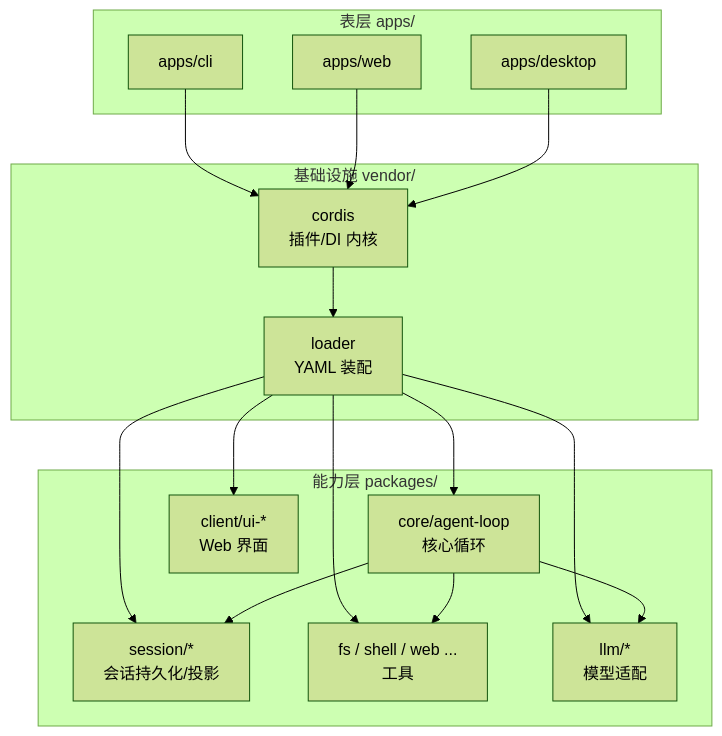
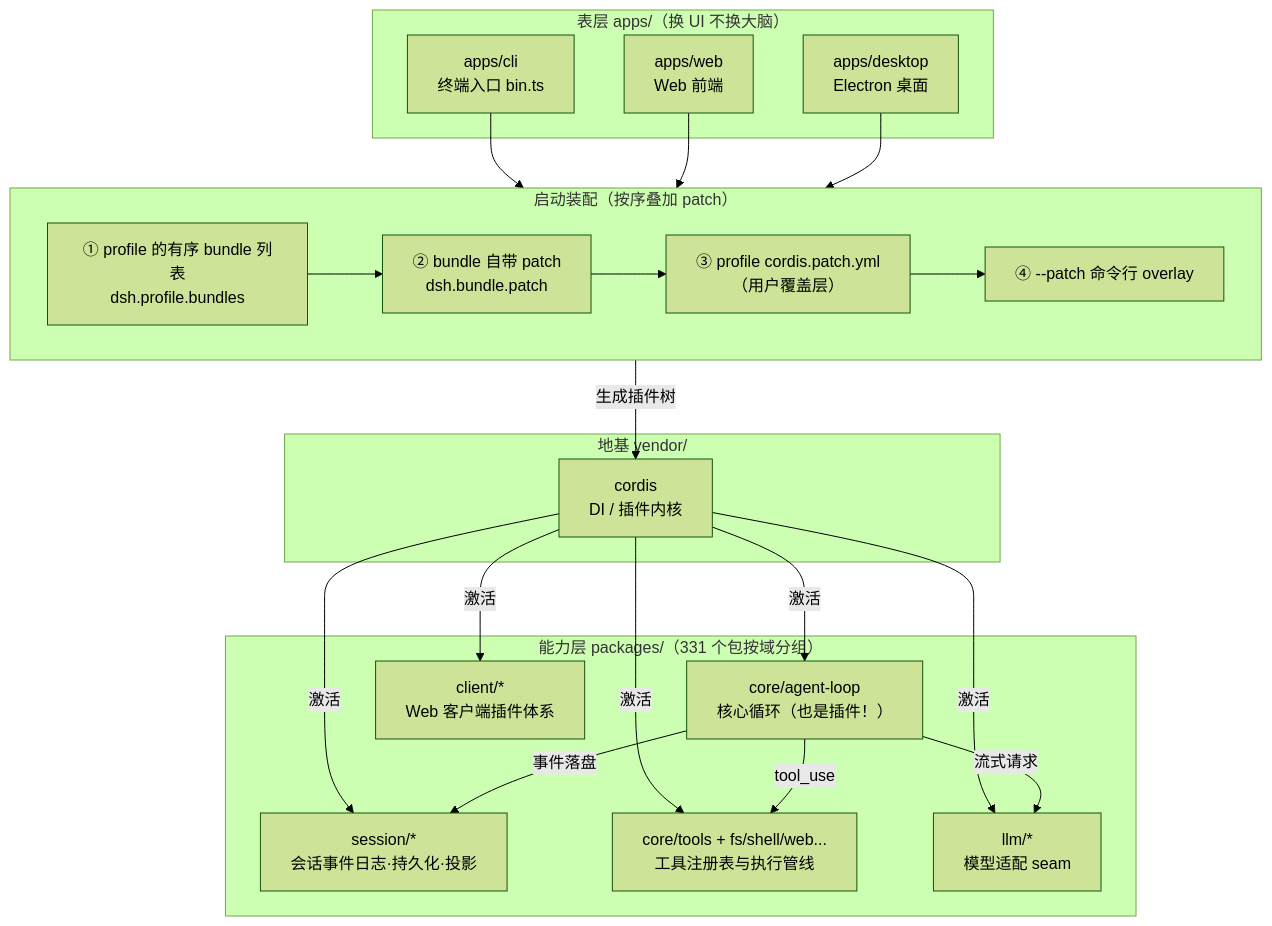
One commit to Maidang1/daimon changed the diagram in learning/diagrams/ch00-architecture.mmd. Above: the diagram before and after it, drawn with Mermaid (forest theme). The commit also changed 3 other files, not shown here.

```diff
--- a/learning/diagrams/ch00-architecture.mmd
+++ b/learning/diagrams/ch00-architecture.mmd
@@ -1,29 +1,40 @@
+%% 第 0 章 · DSH 全景架构（三层 + 装配）
 graph TD
-  subgraph 表层 apps/
-    CLI[apps/cli]
-    WEB[apps/web]
-    DESKTOP[apps/desktop]
+  subgraph SURFACE["表层 apps/（换 UI 不换大脑）"]
+    CLI["apps/cli<br/>终端入口 bin.ts"]
+    WEB["apps/web<br/>Web 前端"]
+    DESKTOP["apps/desktop<br/>Electron 桌面"]
   end
-  subgraph 能力层 packages/
-    LOOP[core/agent-loop<br/>核心循环]
-    SESSION[session/*<br/>会话持久化/投影]
-    TOOLS[fs / shell / web ...<br/>工具]
-    LLM[llm/*<br/>模型适配]
-    CLIENT[client/ui-*<br/>Web 界面]
+
+  subgraph CAP["能力层 packages/（331 个包按域分组）"]
+    LOOP["core/agent-loop<br/>核心循环（也是插件！）"]
+    SESSION["session/*<br/>会话事件日志·持久化·投影"]
+    TOOLS["core/tools + fs/shell/web...<br/>工具注册表与执行管线"]
+    LLM["llm/*<br/>模型适配 seam"]
+    CLIENT["client/*<br/>Web 客户端插件体系"]
   end
-  subgraph 基础设施 vendor/
-    CORDIS[cordis<br/>插件/DI 内核]
-    LOADER[loader<br/>YAML 装配]
+
+  subgraph BASE["地基 vendor/"]
+    CORDIS["cordis<br/>DI / 插件内核"]
   end
-  CLI --> CORDIS
-  WEB --> CORDIS
-  DESKTOP --> CORDIS
-  CORDIS --> LOADER
-  LOADER --> LOOP
-  LOADER --> SESSION
-  LOADER --> TOOLS
-  LOADER --> LLM
-  LOADER --> CLIENT
-  LOOP --> TOOLS
-  LOOP --> LLM
-  LOOP --> SESSION
+
+  subgraph BOOT["启动装配（按序叠加 patch）"]
+    B1["① profile 的有序 bundle 列表<br/>dsh.profile.bundles"]
+    B2["② bundle 自带 patch<br/>dsh.bundle.patch"]
+    B3["③ profile cordis.patch.yml<br/>（用户覆盖层）"]
+    B4["④ --patch 命令行 overlay"]
+    B1 --> B2 --> B3 --> B4
+  end
+
+  CLI --> BOOT
+  WEB --> BOOT
+  DESKTOP --> BOOT
+  BOOT -->|生成插件树| CORDIS
+  CORDIS -->|激活| LOOP
+  CORDIS -->|激活| SESSION
+  CORDIS -->|激活| TOOLS
+  CORDIS -->|激活| LLM
+  CORDIS -->|激活| CLIENT
+  LOOP -->|tool_use| TOOLS
+  LOOP -->|流式请求| LLM
+  LOOP -->|事件落盘| SESSION
```
